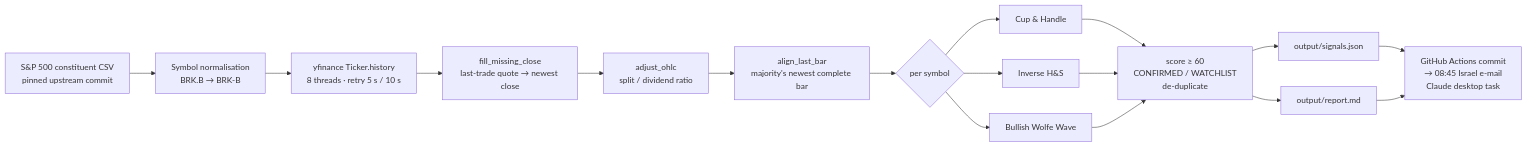
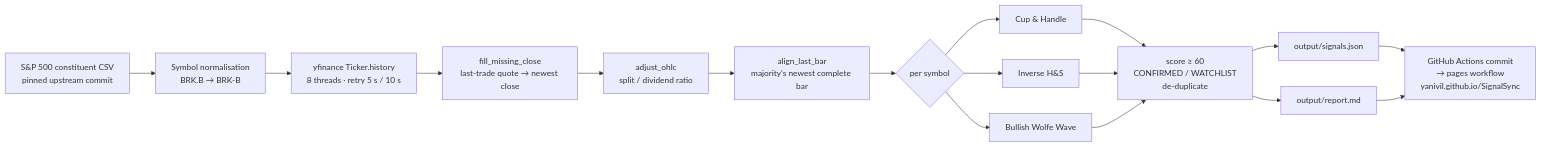
The diagram in README.md (yanivil/SignalSync), drawn with Mermaid before and after one commit. The commit also changed other lines of this file and 10 other files, not shown here.

First line of the commit message:
feat: a candlestick chart on every setup card and watchlist entry; the e-mail task retired

````diff
--- a/README.md
+++ b/README.md
@@ -25,16 +25,16 @@
 ```mermaid
 flowchart LR
     A[S&P 500 constituent CSV<br/>pinned upstream commit] --> B[Symbol normalisation<br/>BRK.B → BRK-B]
     B --> C[yfinance Ticker.history<br/>8 threads · retry 5 s / 10 s]
     C --> D[fill_missing_close<br/>last-trade quote → newest close]
     D --> E[adjust_ohlc<br/>split / dividend ratio]
     E --> F[align_last_bar<br/>majority's newest complete bar]
     F --> G{per symbol}
     G --> H[Cup & Handle]
     G --> I[Inverse H&S]
     G --> J[Bullish Wolfe Wave]
     H & I & J --> K[score ≥ 60<br/>CONFIRMED / WATCHLIST<br/>de-duplicate]
     K --> L[output/signals.json]
     K --> M[output/report.md]
-    L & M --> N[GitHub Actions commit<br/>→ 08:45 Israel e-mail<br/>Claude desktop task]
+    L & M --> N[GitHub Actions commit<br/>→ pages workflow<br/>yanivil.github.io/SignalSync]
 ```
````
